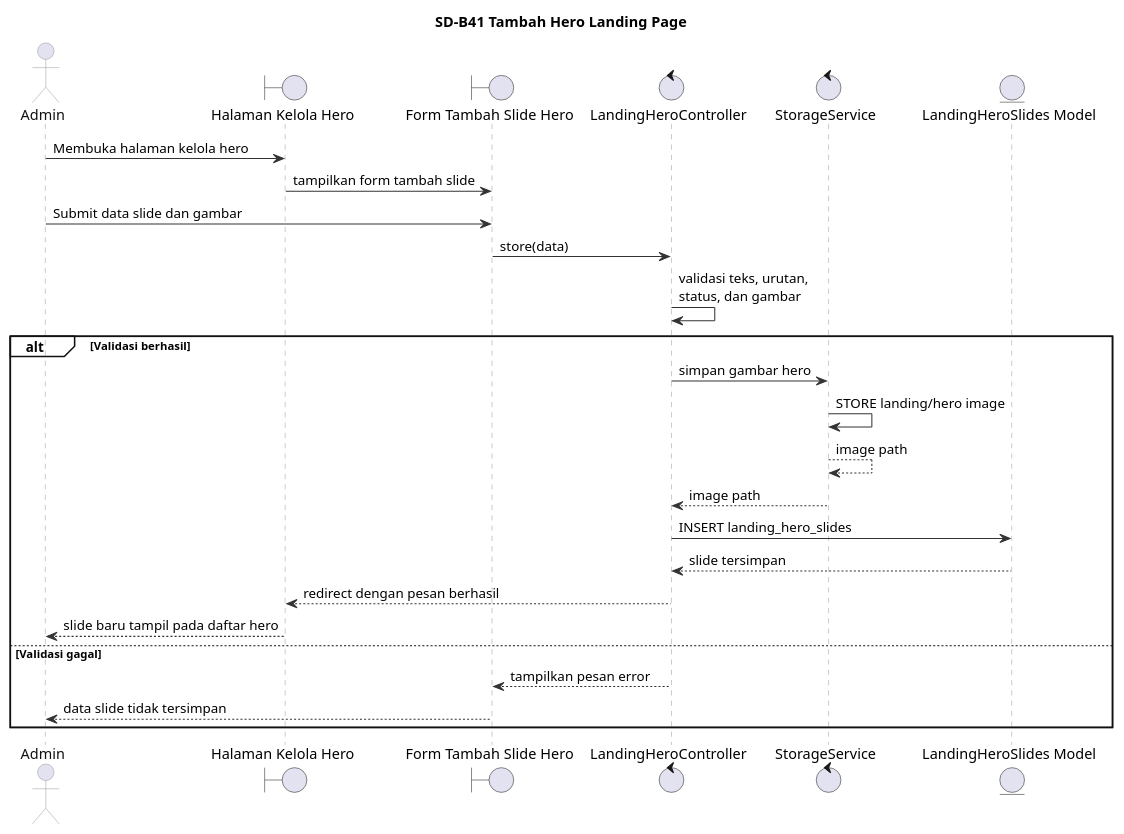
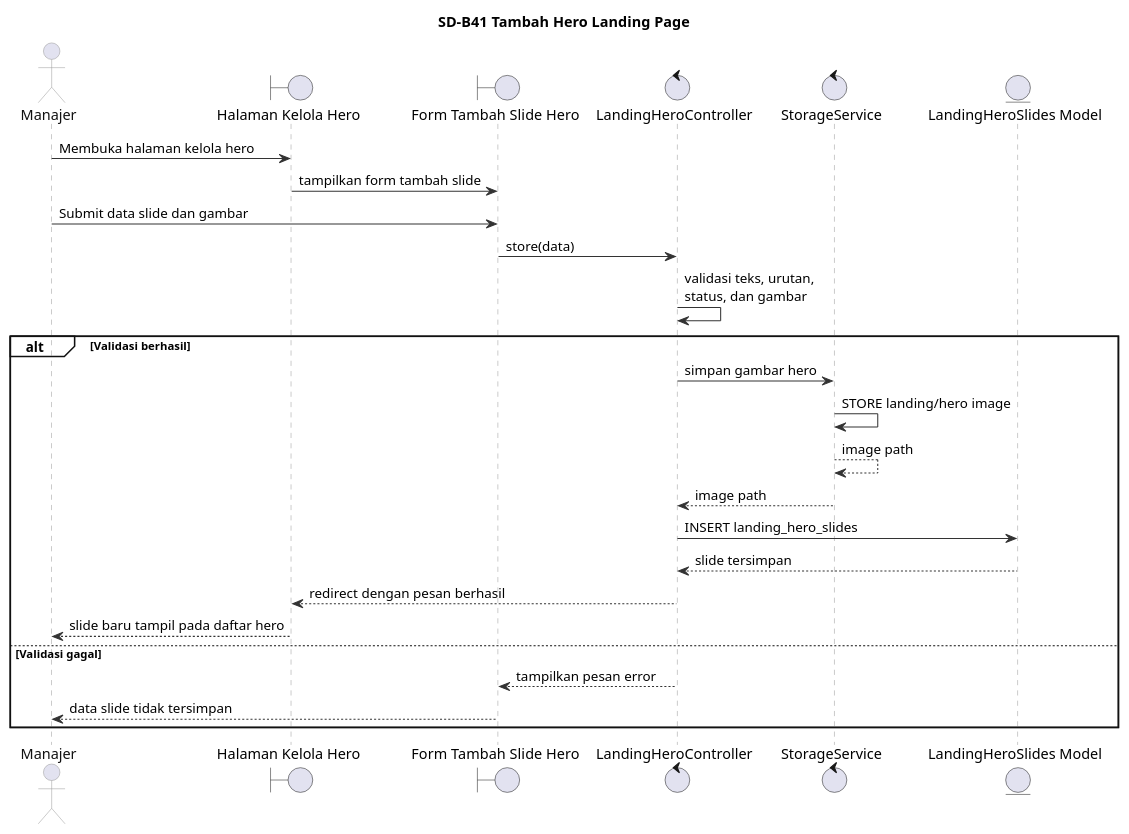
One commit to Fajrinputra/alterstudio-ta changed the diagram in diagrams/sequence/SD-B41.puml. Above: the diagram before and after it, drawn with PlantUML. The commit also changed 74 other files, not shown here.

```diff
--- a/diagrams/sequence/SD-B41.puml
+++ b/diagrams/sequence/SD-B41.puml
@@ -1,47 +1,47 @@
 @startuml
 title SD-B41 Tambah Hero Landing Page
 
 skinparam backgroundColor white
 skinparam shadowing false
 skinparam BoxPadding 4
 skinparam sequence {
     ArrowColor #333333
     LifeLineBorderColor #999999
     LifeLineBackgroundColor white
     ParticipantBorderColor #999999
     ParticipantBackgroundColor #ECEEF8
     ParticipantFontColor #111111
     ActorBorderColor #999999
     ActorFontColor #111111
     GroupBorderColor #111111
     GroupBackgroundColor transparent
 }
 
-actor "Admin" as Admin
+actor "Manajer" as Manajer
 boundary "Halaman Kelola Hero" as HalamanHero
 boundary "Form Tambah Slide Hero" as FormTambah
 control "LandingHeroController" as LandingHeroController
 control "StorageService" as StorageService
 entity "LandingHeroSlides Model" as LandingHeroSlide
 
-Admin -> HalamanHero : Membuka halaman kelola hero
+Manajer -> HalamanHero : Membuka halaman kelola hero
 HalamanHero -> FormTambah : tampilkan form tambah slide
-Admin -> FormTambah : Submit data slide dan gambar
+Manajer -> FormTambah : Submit data slide dan gambar
 FormTambah -> LandingHeroController : store(data)
 LandingHeroController -> LandingHeroController : validasi teks, urutan,\nstatus, dan gambar
 
 alt Validasi berhasil
     LandingHeroController -> StorageService : simpan gambar hero
     StorageService -> StorageService : STORE landing/hero image
     StorageService --> StorageService : image path
     StorageService --> LandingHeroController : image path
     LandingHeroController -> LandingHeroSlide : INSERT landing_hero_slides
     LandingHeroSlide --> LandingHeroController : slide tersimpan
     LandingHeroController --> HalamanHero : redirect dengan pesan berhasil
-    HalamanHero --> Admin : slide baru tampil pada daftar hero
+    HalamanHero --> Manajer : slide baru tampil pada daftar hero
 else Validasi gagal
     LandingHeroController --> FormTambah : tampilkan pesan error
-    FormTambah --> Admin : data slide tidak tersimpan
+    FormTambah --> Manajer : data slide tidak tersimpan
 end
 
 @enduml
```
